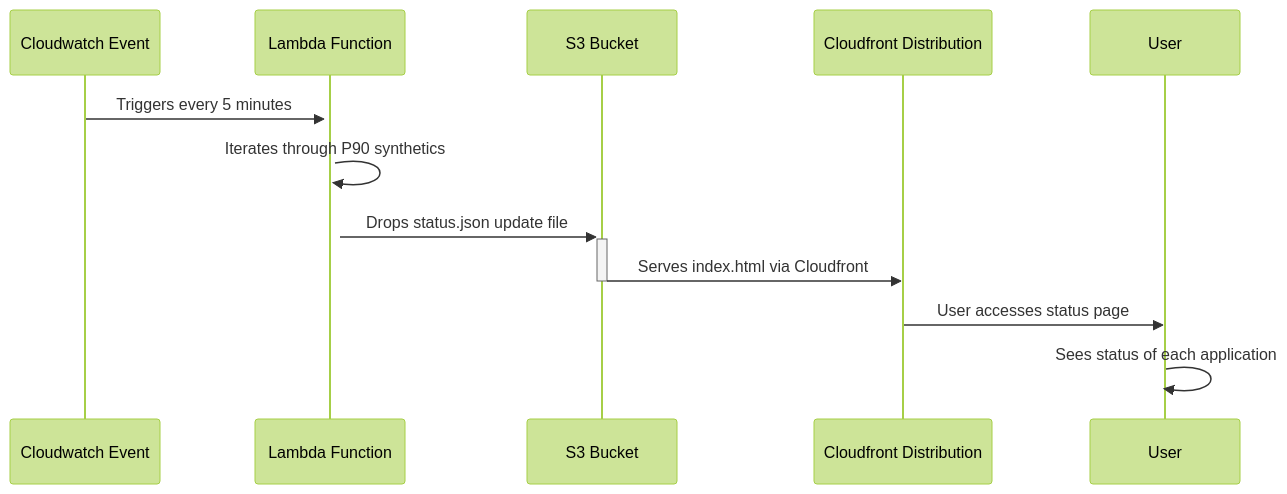
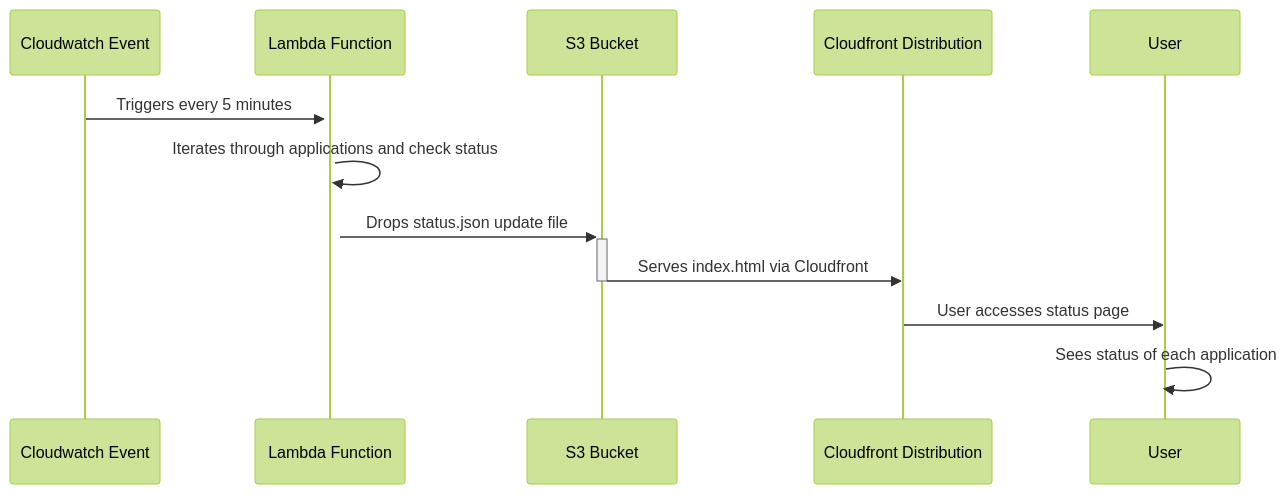
Before and after one commit to trade-tariff/trade-tariff-lambdas-status-checks: the diagram in README.md, drawn with Mermaid (forest theme). The commit also changed other lines of this file and 1 other file, not shown here.

````diff
--- a/README.md
+++ b/README.md
@@ -5,15 +5,15 @@
 ```mermaid
 sequenceDiagram
     participant C as Cloudwatch Event
     participant L as Lambda Function
     participant S3 as S3 Bucket
     participant CF as Cloudfront Distribution
     participant U as User
 
     C->>+L: Triggers every 5 minutes
-    L->>+L: Iterates through P90 synthetics
+    L->>+L: Iterates through applications and check status
     L->>+S3: Drops status.json update file
     S3->>-CF: Serves index.html via Cloudfront
     CF->>U: User accesses status page
     U->>U: Sees status of each application
 ```
````
